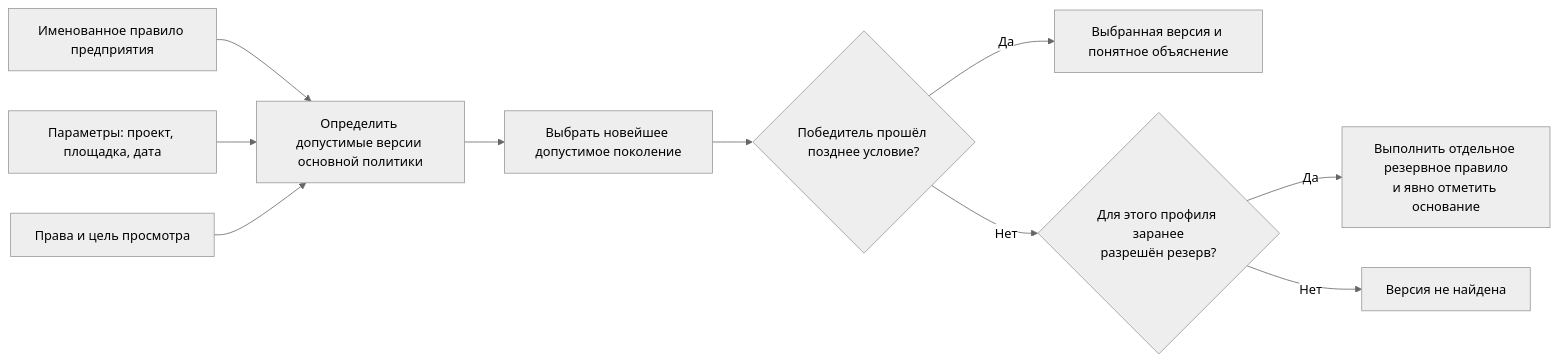
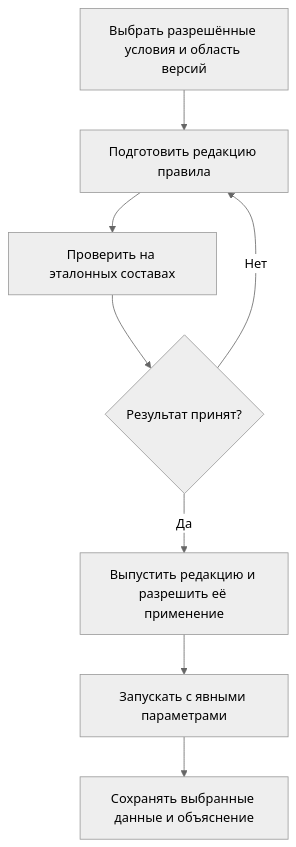
One commit to ZelAnton/Interlink-product-book changed the first of 2 diagrams in wiki/Selection-custom-rule.md. Above: the diagram before and after it, drawn with Mermaid (neutral theme). The commit also changed other lines of this file and 231 other files, not shown here.

````diff
--- a/wiki/Selection-custom-rule.md
+++ b/wiki/Selection-custom-rule.md
@@ -41,12 +37,10 @@
 ```mermaid
-flowchart LR
-    A["Именованное правило предприятия"] --> D["Определить допустимые версии основной политики"]
-    B["Параметры: проект, площадка, дата"] --> D
-    C["Права и цель просмотра"] --> D
-    D --> E["Выбрать новейшее допустимое поколение"]
-    E --> F{"Победитель прошёл позднее условие?"}
-    F -->|"Да"| G["Выбранная версия и понятное объяснение"]
-    F -->|"Нет"| H{"Для этого профиля заранее<br/>разрешён резерв?"}
-    H -->|"Да"| I["Выполнить отдельное резервное правило<br/>и явно отметить основание"]
-    H -->|"Нет"| J["Версия не найдена"]
+flowchart TD
+    A["Выбрать разрешённые условия и область версий"] --> B["Подготовить редакцию правила"]
+    B --> C["Проверить на эталонных составах"]
+    C --> D{"Результат принят?"}
+    D -->|Нет| B
+    D -->|Да| E["Выпустить редакцию и разрешить её применение"]
+    E --> F["Запускать с явными параметрами"]
+    F --> G["Сохранять выбранные данные и объяснение"]
 ```
````
